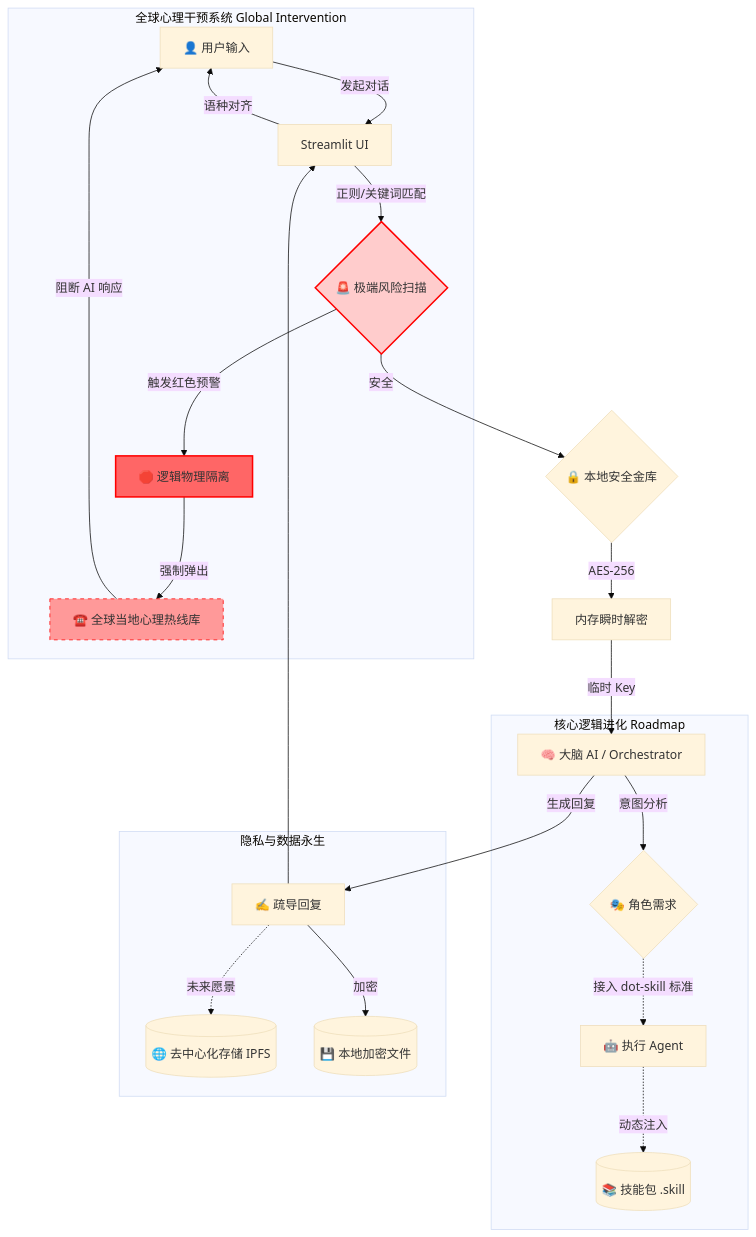
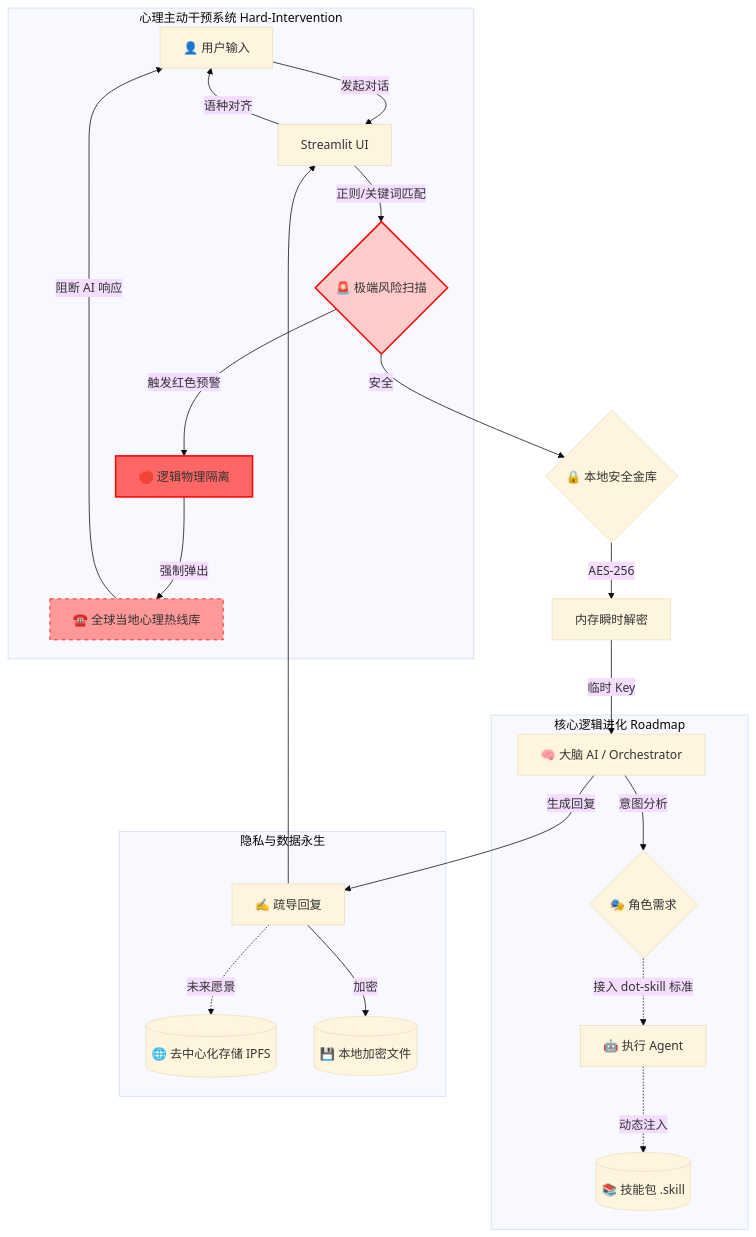
One commit to Trust-000/psychclaw changed the diagram in README.md. Above: the diagram before and after it, drawn with Mermaid (base theme). The commit also changed other lines of this file, not shown here.

````diff
--- a/README.md
+++ b/README.md
@@ -63,44 +63,44 @@
 ```mermaid
 graph TD
     %% 用户输入
     User["👤 用户输入"] -->|发起对话| UI["Streamlit UI"]
 
-    %% 全球心理干预系统 (第一道防线：物理断路器)
-    subgraph Intervention_System ["全球心理干预系统 Global Intervention"]
+    %% 心理主动干预系统 (第一道防线：物理断路器)
+    subgraph Intervention_System ["心理主动干预系统 Hard-Intervention"]
         UI -->|正则/关键词匹配| Check{"🚨 极端风险扫描"}
         Check -->|触发红色预警| Block["🛑 逻辑物理隔离"]
         Block -->|强制弹出| Hotlines["☎️ 全球当地心理热线库"]
         Hotlines -->|阻断 AI 响应| User
     end
     
     %% 正常安全路径
     Check -->|安全| SecVault{"🔒 本地安全金库"}
     
     %% 安全解密
     SecVault -->|AES-256| Decrypt["内存瞬时解密"]
     Decrypt -->|临时 Key| Orchestra["🧠 大脑 AI / Orchestrator"]
     
     %% 未来进化引擎
     subgraph Future_Logic ["核心逻辑进化 Roadmap"]
         Orchestra -->|意图分析| Intent{"🎭 角色需求"}
         Intent -.->|接入 dot-skill 标准| Agent["🤖 执行 Agent"]
         Agent -.->|动态注入| SkillsDB[("📚 技能包 .skill")]
     end
     
     %% 隐私永生层
     subgraph Privacy_Layer ["隐私与数据永生"]
         Orchestra -->|生成回复| Reply["✍️ 疏导回复"]
         Reply -.->|未来愿景| Web3[("🌐 去中心化存储 IPFS")]
         Reply -->|加密| LocalJSON[("💾 本地加密文件")]
     end
     
     %% 返回
     Reply --> UI
     UI -->|语种对齐| User
 
     %% 样式
     style Check fill:#ffcccc,stroke:#ff0000,stroke-width:2px;
     style Block fill:#ff6666,stroke:#ff0000,stroke-width:2px;
     style Hotlines fill:#ff9999,stroke:#ff0000,stroke-dasharray: 5 5;
 
 ```
````
